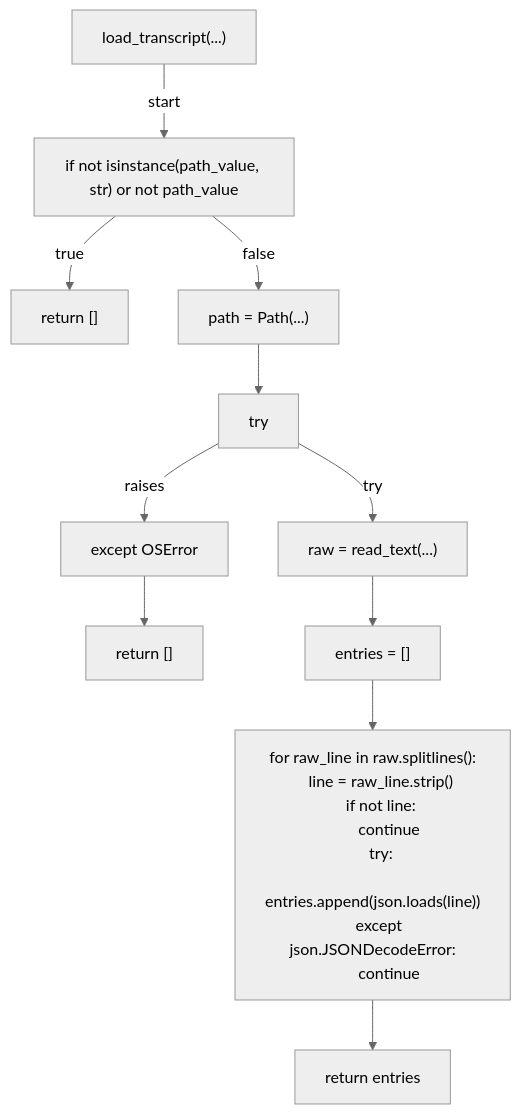
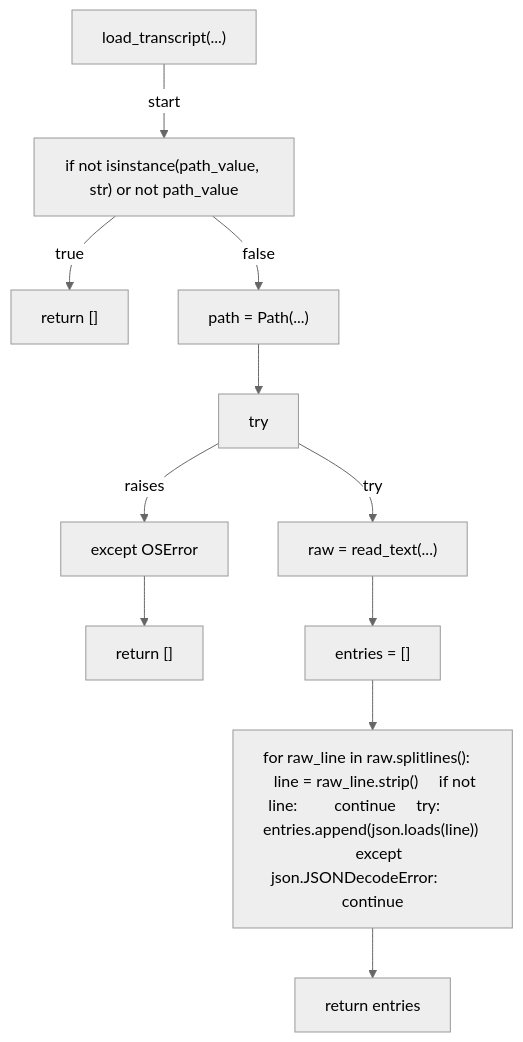
One commit to tvna/claude-md changed the tenth of 14 diagrams in docs/generated/scripts/ast/gate_handoff_retro_survey_askuserquestion.md. Above: the diagram before and after it, drawn with Mermaid (neutral theme). The commit also changed other lines of this file and 30 other files, not shown here.

First line of the commit message:
docs(generated): regenerate decision tree and workflow diagrams (batch 2/5)

````diff
--- a/docs/generated/scripts/ast/gate_handoff_retro_survey_askuserquestion.md
+++ b/docs/generated/scripts/ast/gate_handoff_retro_survey_askuserquestion.md
@@ -201,31 +180,24 @@
 ```mermaid
 flowchart TD
     N001["load_transcript(...)"]
     N002["if not isinstance(path_value, str) or not path_value"]
     N003["return []"]
     N004["path = Path(...)"]
     N005["try"]
     N006["raw = read_text(...)"]
     N007["except OSError"]
     N008["return []"]
     N009["entries = []"]
-    N010["for raw_line in raw.splitlines():
-    line = raw_line.strip()
-    if not line:
-        continue
-    try:
-        entries.append(json.loads(line))
-    except json.JSONDecodeError:
-        continue"]
+    N010["for raw_line in raw.splitlines():     line = raw_line.strip()     if not line:         continue     try:         entries.append(json.loads(line))     except json.JSONDecodeError:         continue"]
     N011["return entries"]
     N001 -->|"start"| N002
     N002 -->|"true"| N003
     N002 -->|"false"| N004
     N004 --> N005
     N005 -->|"try"| N006
     N005 -->|"raises"| N007
     N007 --> N008
     N006 --> N009
     N009 --> N010
     N010 --> N011
 ```
````
